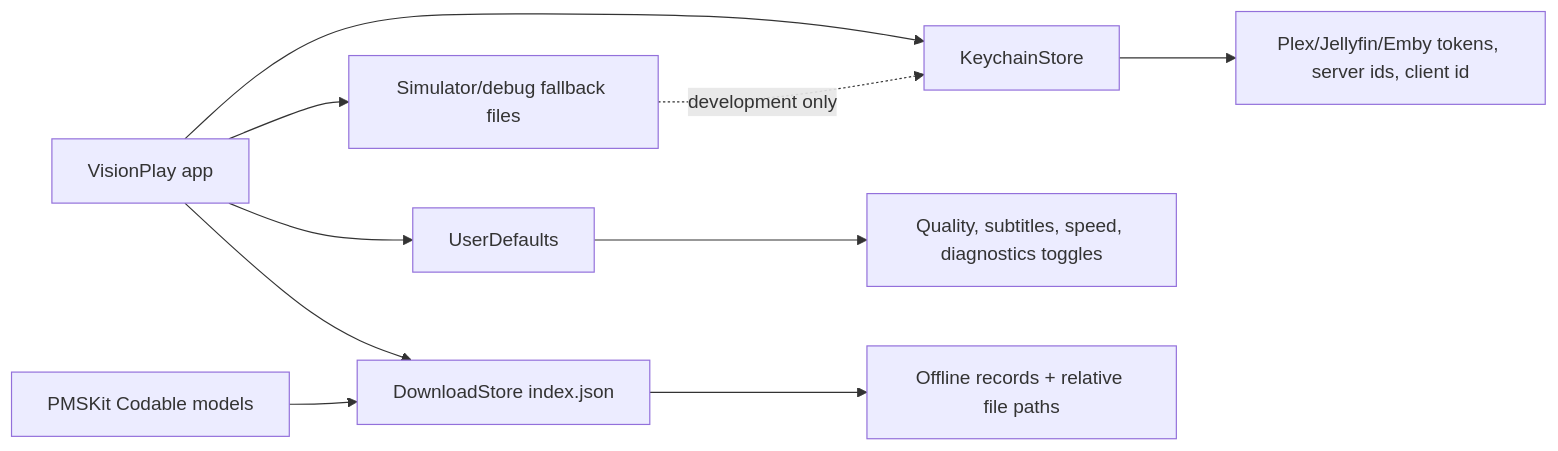
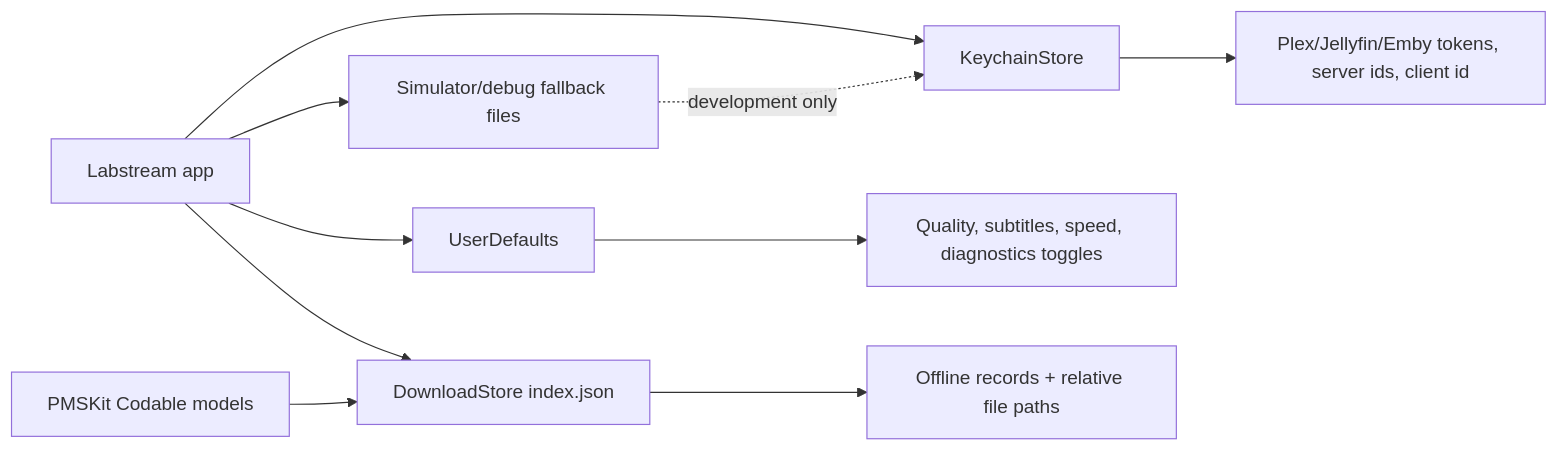
Before and after one commit to jlipworth/Labstream: the first of 2 diagrams in docs/PERSISTENCE.md, drawn with Mermaid. The commit also changed 275 other files, not shown here.

Commit message:
Rename VisionPlay to Labstream

````diff
--- a/docs/PERSISTENCE.md
+++ b/docs/PERSISTENCE.md
@@ -17,14 +17,14 @@
 ```mermaid
 flowchart LR
-  App[VisionPlay app] --> Keychain[KeychainStore]
+  App[Labstream app] --> Keychain[KeychainStore]
   App --> Defaults[UserDefaults]
   App --> DownloadStore[DownloadStore index.json]
   App --> DevFallback[Simulator/debug fallback files]
 
   Keychain --> Secrets[Plex/Jellyfin/Emby tokens, server ids, client id]
   Defaults --> Prefs[Quality, subtitles, speed, diagnostics toggles]
   DownloadStore --> Offline[Offline records + relative file paths]
   DevFallback -. development only .-> Keychain
 
   PMSKit[PMSKit Codable models] --> DownloadStore
 ```
````
